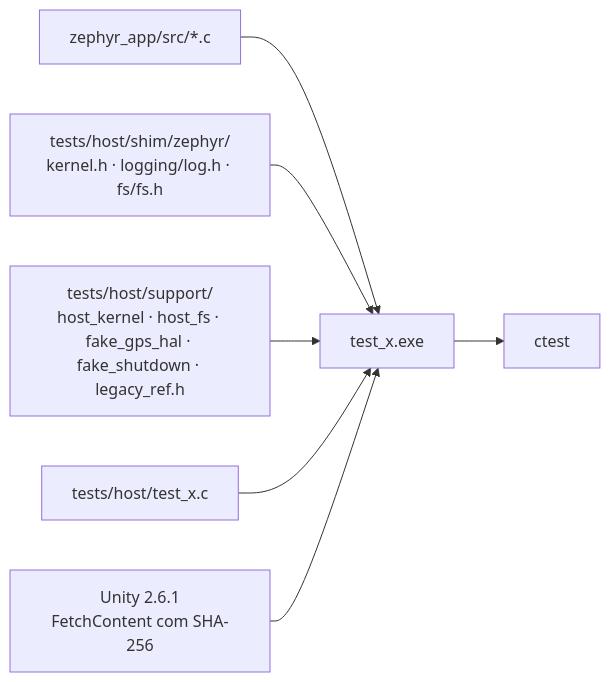
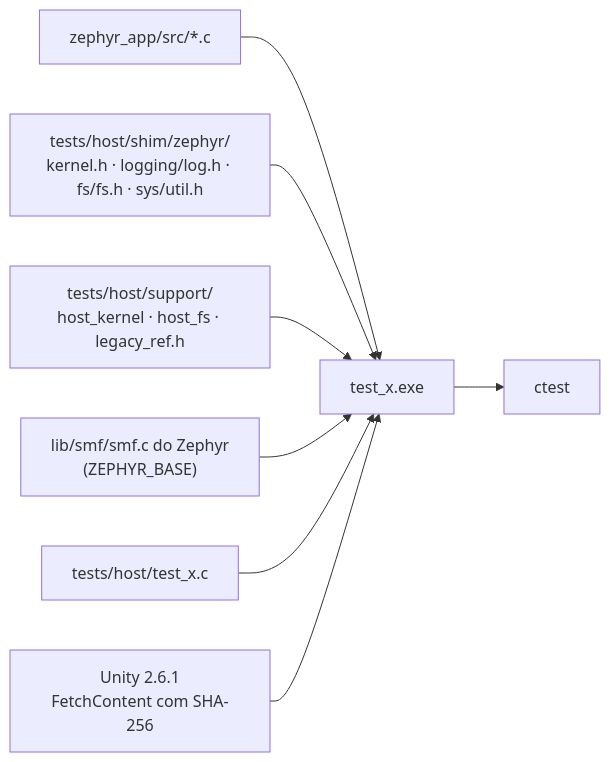
One commit to Guiimartinho/gnss-bike-computer changed the diagram in docs/12-ferramentas-testes.md. Above: the diagram before and after it, drawn with Mermaid. The commit also changed other lines of this file and 110 other files, not shown here.

````diff
--- a/docs/12-ferramentas-testes.md
+++ b/docs/12-ferramentas-testes.md
@@ -39,9 +39,10 @@
 ```mermaid
 flowchart LR
     SRC["zephyr_app/src/*.c"] --> EXE["test_x.exe"]
-    SHIM["tests/host/shim/zephyr/<br/>kernel.h · logging/log.h · fs/fs.h"] --> EXE
-    SUP["tests/host/support/<br/>host_kernel · host_fs · fake_gps_hal · fake_shutdown · legacy_ref.h"] --> EXE
+    SHIM["tests/host/shim/zephyr/<br/>kernel.h · logging/log.h · fs/fs.h · sys/util.h"] --> EXE
+    SUP["tests/host/support/<br/>host_kernel · host_fs · legacy_ref.h"] --> EXE
+    ZEP["lib/smf/smf.c do Zephyr<br/>(ZEPHYR_BASE)"] --> EXE
     T["tests/host/test_x.c"] --> EXE
     UNITY["Unity 2.6.1<br/>FetchContent com SHA-256"] --> EXE
     EXE --> CT["ctest"]
 ```
````
